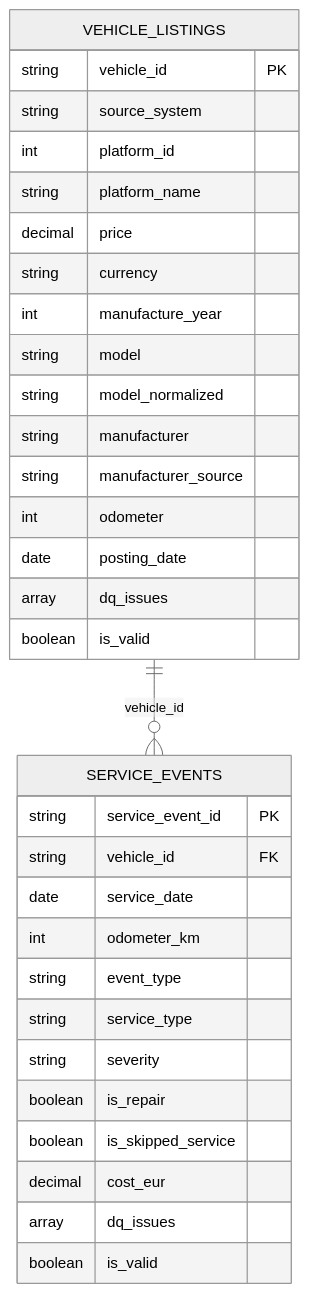
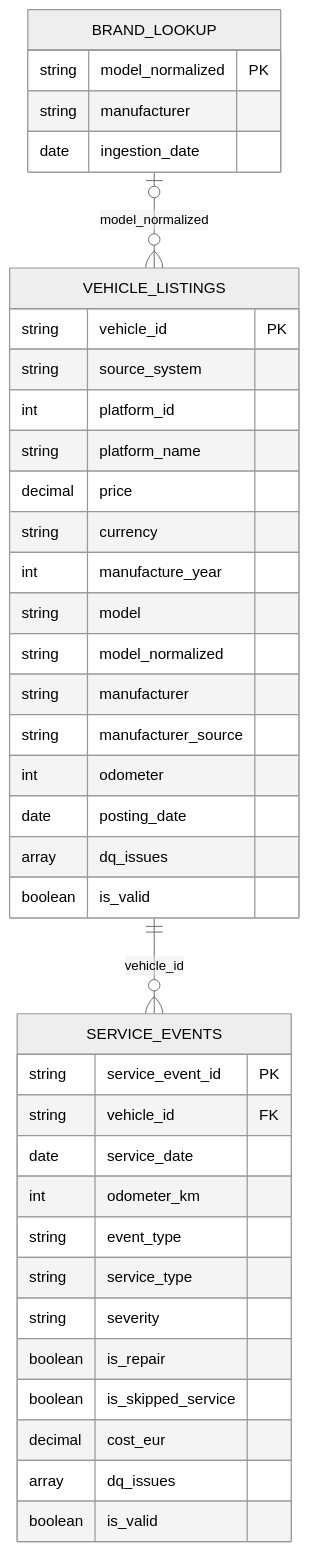
Before and after one commit to StrahinjaVuckovic/used-cars-pipeline: the diagram in documentation/silver_data_model.md, drawn with Mermaid (neutral theme). The commit also changed other lines of this file and 11 other files, not shown here.

Commit message:
Clean the brand lookup in its own notebook and Job task that writes a silver brand_lookup table read by the vehicle listings union, give the lookup a dated Bronze partition like every other source, and update the tests, the Job definition and the Silver documentation.

````diff
--- a/documentation/silver_data_model.md
+++ b/documentation/silver_data_model.md
@@ -155,35 +157,41 @@
 ```mermaid
 erDiagram
     VEHICLE_LISTINGS ||--o{ SERVICE_EVENTS : "vehicle_id"
+    BRAND_LOOKUP |o--o{ VEHICLE_LISTINGS : "model_normalized"
+    BRAND_LOOKUP {
+        string model_normalized PK
+        string manufacturer
+        date ingestion_date
+    }
     VEHICLE_LISTINGS {
         string vehicle_id PK
         string source_system
         int platform_id
         string platform_name
         decimal price
         string currency
         int manufacture_year
         string model
         string model_normalized
         string manufacturer
         string manufacturer_source
         int odometer
         date posting_date
         array dq_issues
         boolean is_valid
     }
     SERVICE_EVENTS {
         string service_event_id PK
         string vehicle_id FK
         date service_date
         int odometer_km
         string event_type
         string service_type
         string severity
         boolean is_repair
         boolean is_skipped_service
         decimal cost_eur
         array dq_issues
         boolean is_valid
     }
 ```
````
